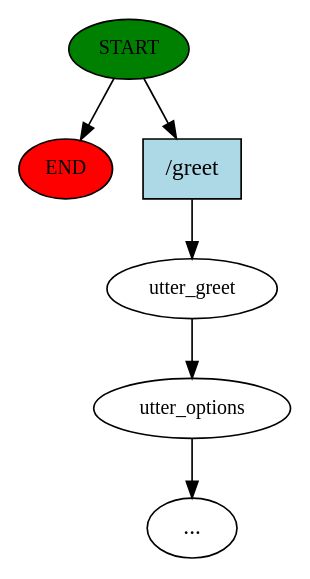
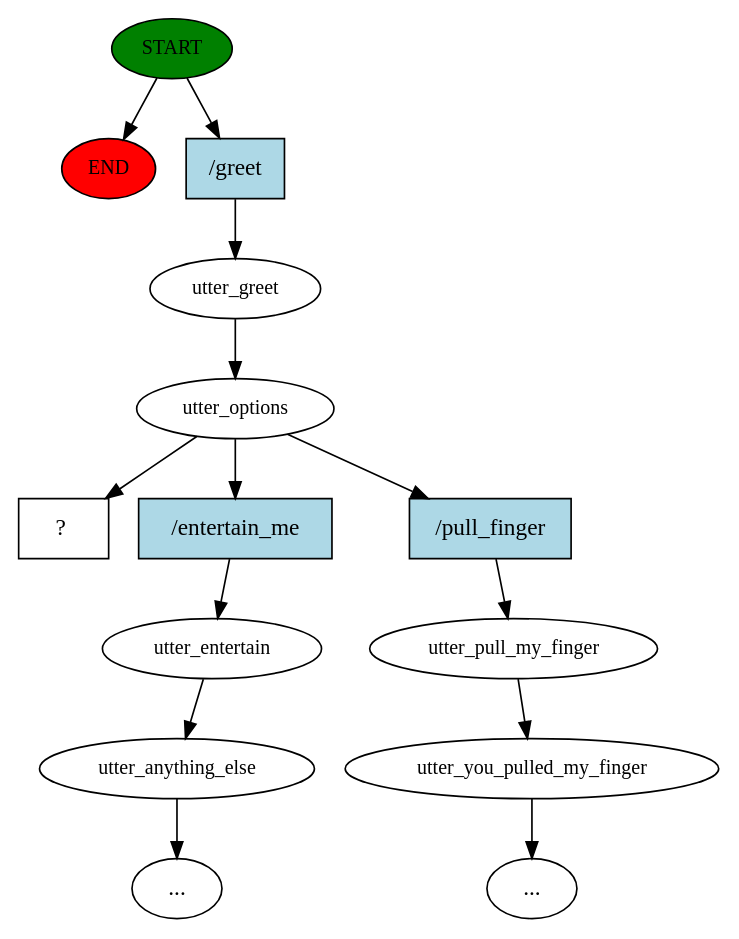
One commit to prabhatram/sarcbot-demo changed the diagram in story_graph.dot. Above: the diagram before and after it, drawn with Graphviz. The commit also changed 101 other files, not shown here.

```diff
--- a/story_graph.dot
+++ b/story_graph.dot
@@ -1,13 +1,29 @@
 digraph  {
 0 [class="start active", fillcolor=green, fontsize=12, label=START, style=filled];
 "-1" [class=end, fillcolor=red, fontsize=12, label=END, style=filled];
-1 [class="active dashed", fontsize=12, label=utter_greet];
-2 [class="", fontsize=12, label=utter_options];
+1 [class=active, fontsize=12, label=utter_greet];
+2 [class=active, fontsize=12, label=utter_options];
+3 [class="", fontsize=12, label=utter_entertain];
+4 [class="", fontsize=12, label=utter_anything_else];
+"-3" [class=ellipsis, label="..."];
+7 [class="", fontsize=12, label=utter_pull_my_finger];
+8 [class="", fontsize=12, label=utter_you_pulled_my_finger];
 "-4" [class=ellipsis, label="..."];
-6 [class="intent active", fillcolor=lightblue, label="/greet", shape=rect, style=filled];
+11 [class="intent dashed active", label="  ?  ", shape=rect];
+12 [class="intent active", fillcolor=lightblue, label="/greet", shape=rect, style=filled];
+13 [class=intent, fillcolor=lightblue, label="/entertain_me", shape=rect, style=filled];
+14 [class=intent, fillcolor=lightblue, label="/pull_finger", shape=rect, style=filled];
 0 -> "-1"  [class="", key=NONE, label=""];
-0 -> 6  [class=active, key=0];
-1 -> 2  [class="", key=NONE, label=""];
-2 -> "-4"  [class="", key=NONE, label=""];
-6 -> 1  [class=active, key=0];
+0 -> 12  [class=active, key=0];
+1 -> 2  [class=active, key=NONE, label=""];
+2 -> 11  [class=active, key=NONE, label=""];
+2 -> 13  [class="", key=0];
+2 -> 14  [class="", key=0];
+3 -> 4  [class="", key=NONE, label=""];
+4 -> "-3"  [class="", key=NONE, label=""];
+7 -> 8  [class="", key=NONE, label=""];
+8 -> "-4"  [class="", key=NONE, label=""];
+12 -> 1  [class=active, key=0];
+13 -> 3  [class="", key=0];
+14 -> 7  [class="", key=0];
 }
```
